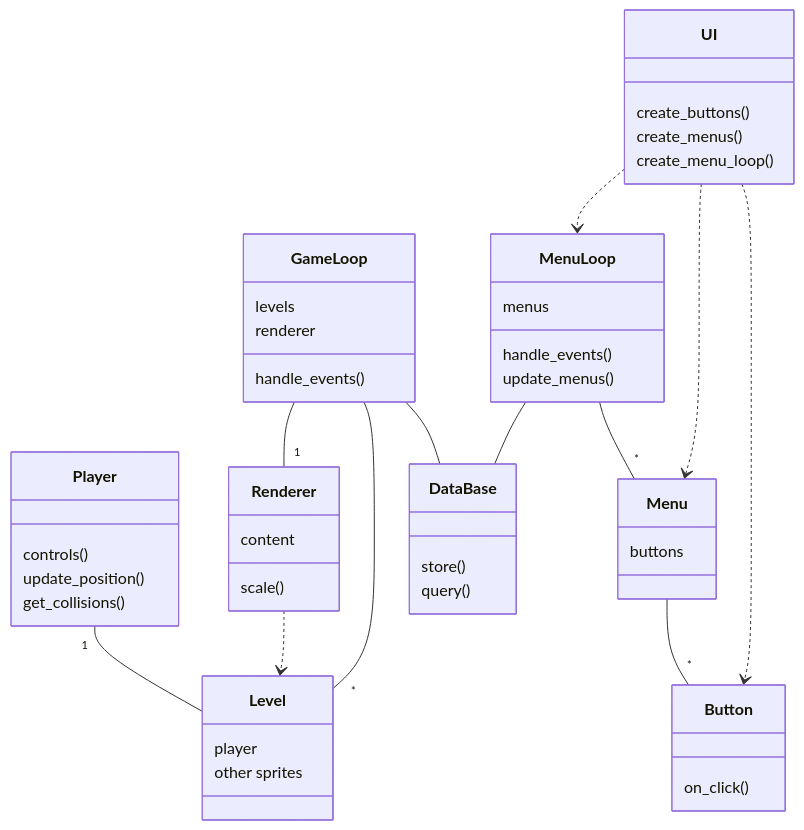
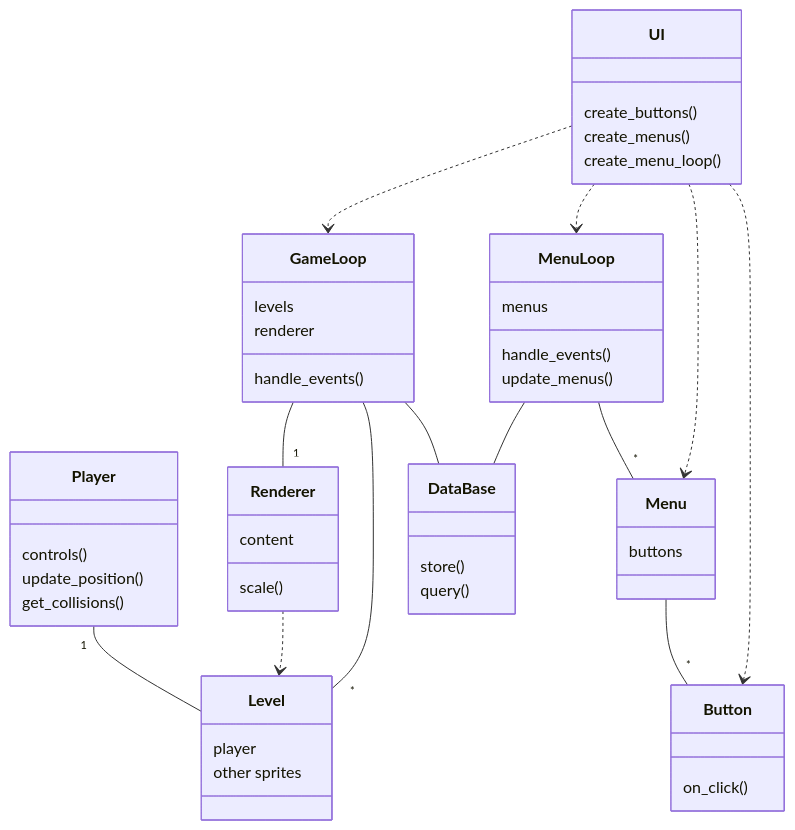
The first of 2 diagrams in documentation/architecture.md (eemilhaa/ot-harjoitustyo), drawn with Mermaid before and after one commit. The commit also changed other lines of this file, not shown here.

Commit message:
update architecture

````diff
--- a/documentation/architecture.md
+++ b/documentation/architecture.md
@@ -6,54 +6,55 @@
 ```mermaid
 classDiagram
   class Player{
     controls()
     update_position()
     get_collisions()
   }
   class Level{
     player
     other sprites
   }
   class Renderer{
     content
     scale()
   }
   class GameLoop{
     levels
     renderer
     handle_events()
   }
   class Button{
     on_click()
   }
   class Menu{
     buttons
   }
   class MenuLoop{
     menus
     handle_events()
     update_menus()
   }
   class UI{
     create_buttons()
     create_menus()
     create_menu_loop()
   }
   class DataBase{
     store()
     query()
   }
   
   Player "1"-- Level
   Renderer ..> Level
   GameLoop --"*" Level
   GameLoop --"1" Renderer
   GameLoop -- DataBase
   Menu --"*" Button
   MenuLoop --"*" Menu
   MenuLoop -- DataBase
   UI ..> Button
   UI ..> Menu
   UI ..> MenuLoop
+  UI ..> GameLoop
   
 ```
````
